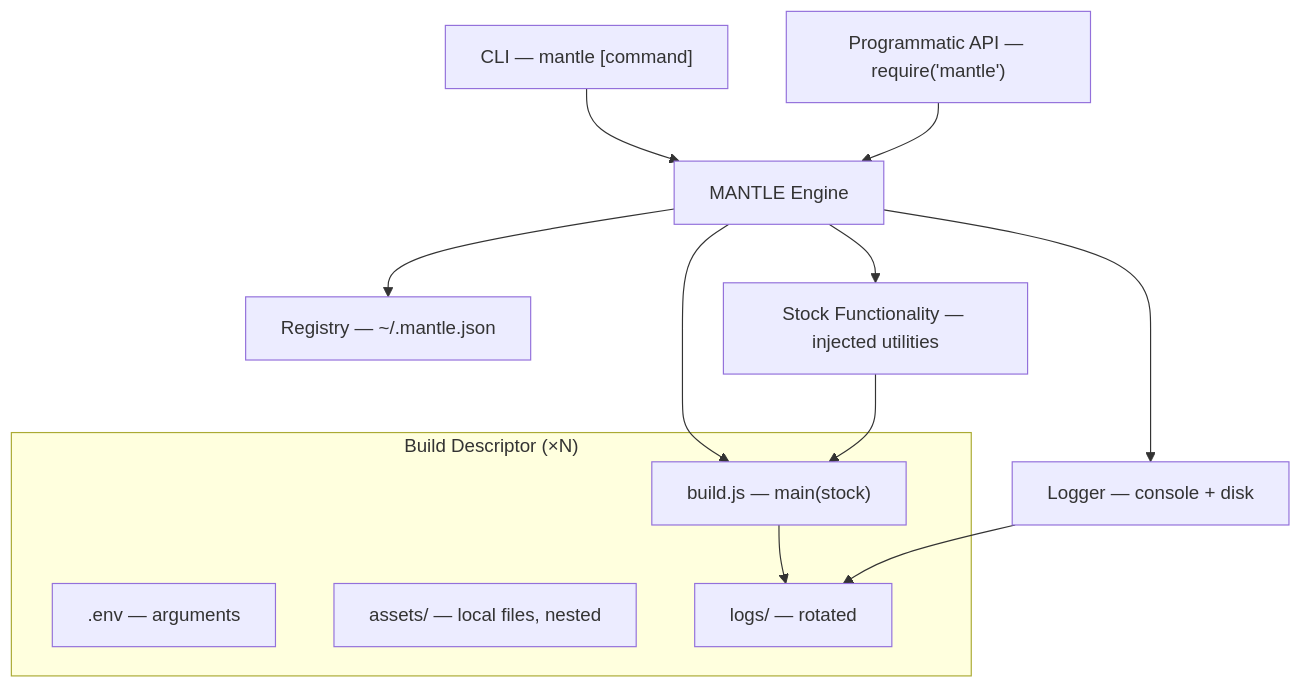
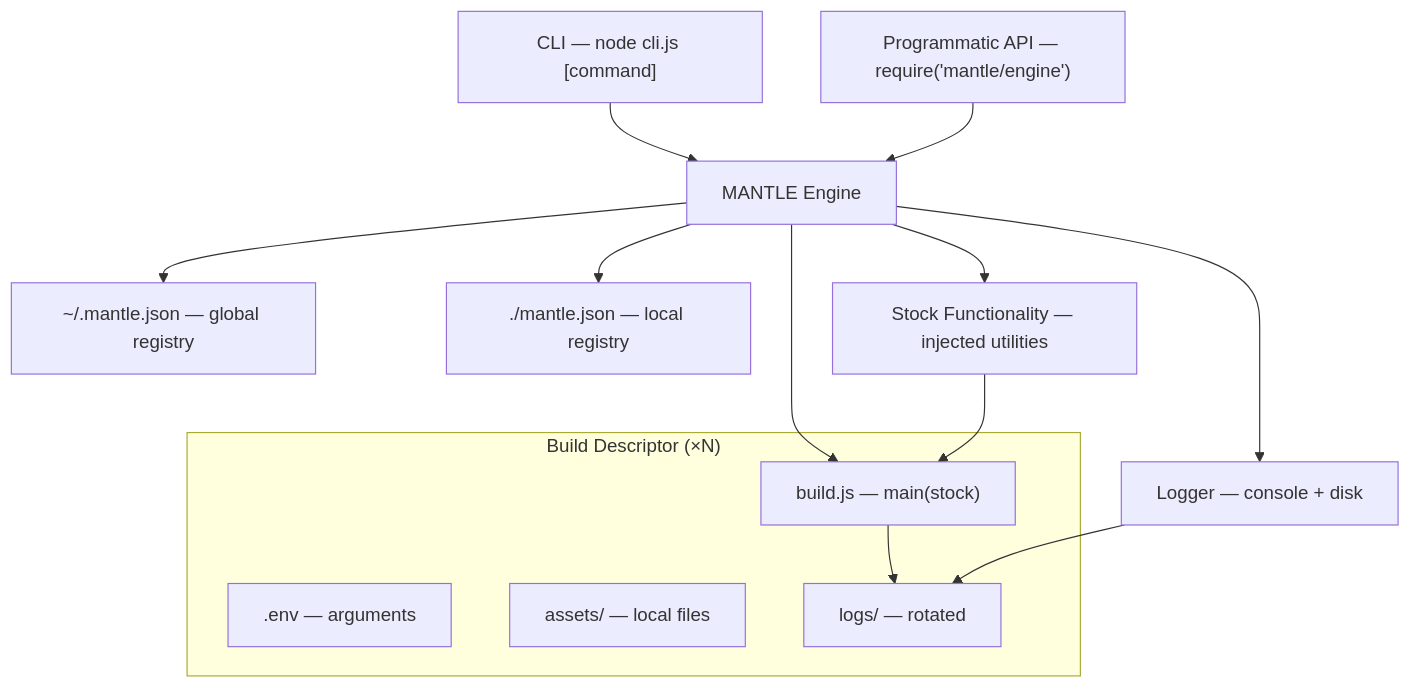
The first of 2 diagrams in README.md (ciacob/mantle), drawn with Mermaid before and after one commit. The commit also changed other lines of this file and 6 other files, not shown here.

````diff
--- a/README.md
+++ b/README.md
@@ -35,27 +36,29 @@
 ```mermaid
 graph TD
-    CLI["CLI — mantle [command]"]
-    API["Programmatic API — require('mantle')"]
+    CLI["CLI — node cli.js [command]"]
+    API["Programmatic API — require('mantle/engine')"]
     Engine["MANTLE Engine"]
-    Registry["Registry — ~/.mantle.json"]
+    GlobalReg["~/.mantle.json — global registry"]
+    LocalReg["./mantle.json — local registry"]
     Stock["Stock Functionality — injected utilities"]
     Logger["Logger — console + disk"]
 
     CLI --> Engine
     API --> Engine
-    Engine --> Registry
+    Engine --> GlobalReg
+    Engine --> LocalReg
     Engine --> Stock
     Engine --> Logger
 
     subgraph Descriptor ["Build Descriptor (×N)"]
         ENV[".env — arguments"]
-        ASSETS["assets/ — local files, nested"]
+        ASSETS["assets/ — local files"]
         BUILD["build.js — main(stock)"]
         LOGS["logs/ — rotated"]
     end
 
     Engine --> BUILD
     Stock --> BUILD
     BUILD --> LOGS
     Logger --> LOGS
 ```
````
